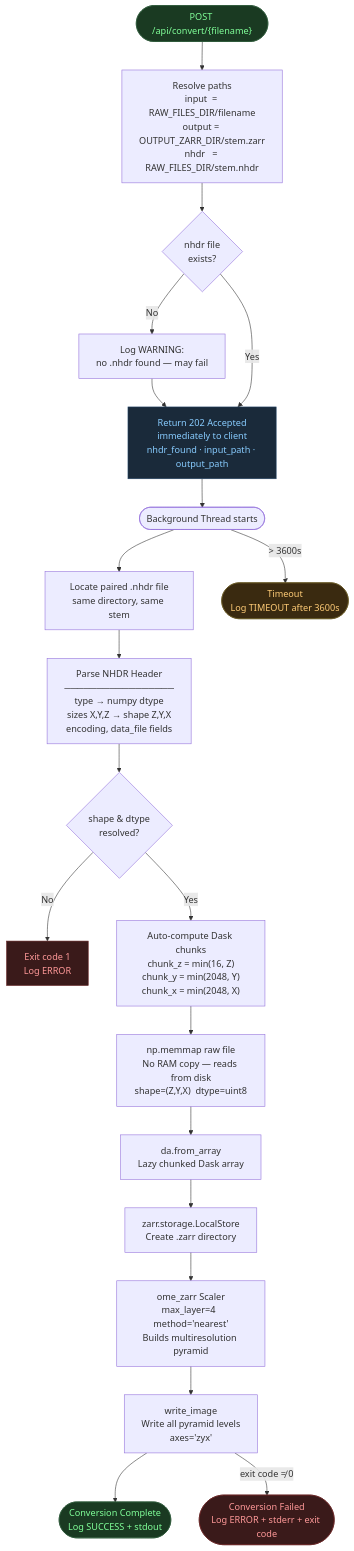
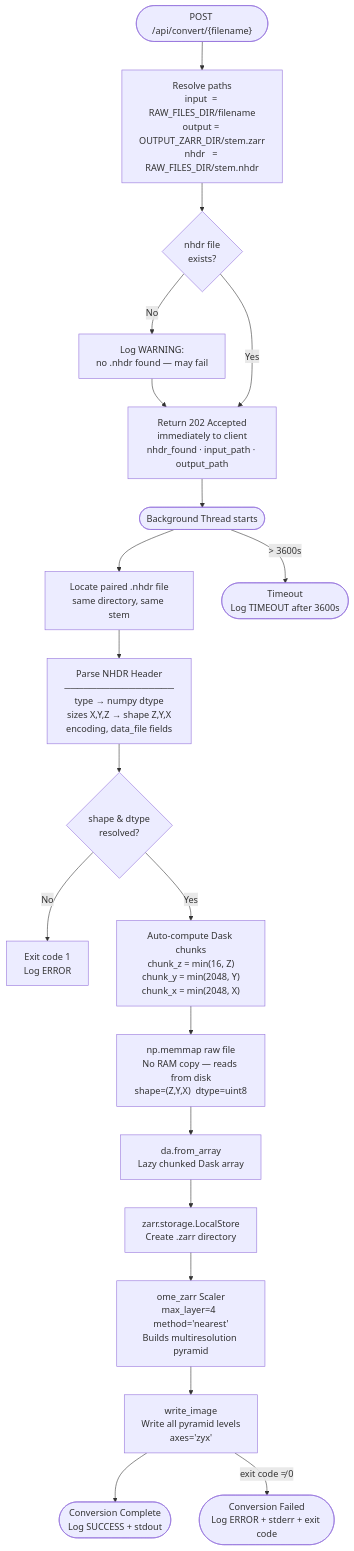
One commit to 24f2001927/Neuroglancer_Data_Conversion changed the second of 2 diagrams in README.md. Above: the diagram before and after it, drawn with Mermaid. The commit also changed other lines of this file, not shown here.

````diff
--- a/README.md
+++ b/README.md
@@ -109,40 +209,33 @@
 ```mermaid
 flowchart TD
     A(["POST /api/convert/{filename}"])
     B["Resolve paths\ninput  = RAW_FILES_DIR/filename\noutput = OUTPUT_ZARR_DIR/stem.zarr\nnhdr   = RAW_FILES_DIR/stem.nhdr"]
     C{"nhdr file\nexists?"}
     D["Log WARNING:\nno .nhdr found — may fail"]
     E["Return 202 Accepted\nimmediately to client\nnhdr_found · input_path · output_path"]
     F(["Background Thread starts"])
     G["Locate paired .nhdr file\nsame directory, same stem"]
     H["Parse NHDR Header\n─────────────────\ntype  → numpy dtype\nsizes X,Y,Z → shape Z,Y,X\nencoding, data_file fields"]
     I{"shape & dtype\nresolved?"}
     J["Exit code 1\nLog ERROR"]
     K["Auto-compute Dask chunks\nchunk_z = min(16, Z)\nchunk_y = min(2048, Y)\nchunk_x = min(2048, X)"]
     L["np.memmap raw file\nNo RAM copy — reads from disk\nshape=(Z,Y,X)  dtype=uint8"]
     M["da.from_array\nLazy chunked Dask array"]
     N["zarr.storage.LocalStore\nCreate .zarr directory"]
     O["ome_zarr Scaler\nmax_layer=4  method='nearest'\nBuilds multiresolution pyramid"]
     P["write_image\nWrite all pyramid levels\naxes='zyx'"]
     Q(["Conversion Complete\nLog SUCCESS + stdout"])
     R(["Conversion Failed\nLog ERROR + stderr + exit code"])
     TIMEOUT(["Timeout\nLog TIMEOUT after 3600s"])
 
     A --> B --> C
     C -- No --> D --> E
     C -- Yes --> E
     E --> F
     F --> G --> H --> I
     I -- No --> J
     I -- Yes --> K --> L --> M --> N --> O --> P
     P --> Q
     P -->|exit code ≠ 0| R
     F -->|> 3600s| TIMEOUT
-
-    style A fill:#1a3a22,color:#80ff99,stroke:#2a5535
-    style E fill:#1a2a3a,color:#88ccff,stroke:#224466
-    style Q fill:#1a3a22,color:#80ff99,stroke:#2a5535
-    style R fill:#3a1a1a,color:#ff9999,stroke:#662222
-    style TIMEOUT fill:#3a2a10,color:#ffcc77,stroke:#665522
-    style J fill:#3a1a1a,color:#ff9999,stroke:#662222
 ```
````
